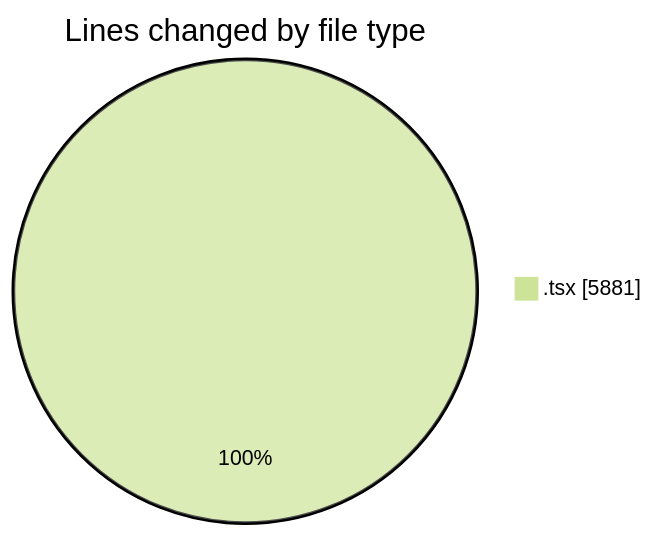
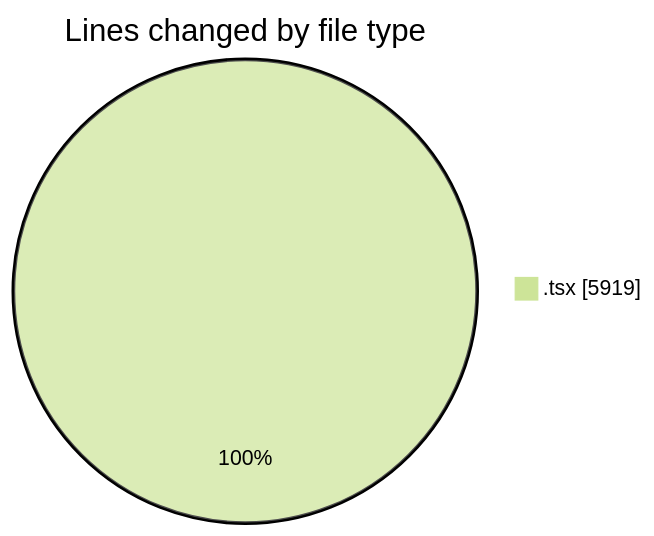
The first of 2 diagrams in 2025-12-04/cda/README.md (momahboobian/code-tracking), drawn with Mermaid (forest theme) before and after one commit. The commit also changed other lines of this file and 1 other file, not shown here.

````diff
--- a/2025-12-04/cda/README.md
+++ b/2025-12-04/cda/README.md
@@ -22,5 +22,5 @@
 ```mermaid
 pie showData
 title Lines changed by file type
-".tsx" : 5881
+".tsx" : 5919
 ```
````
